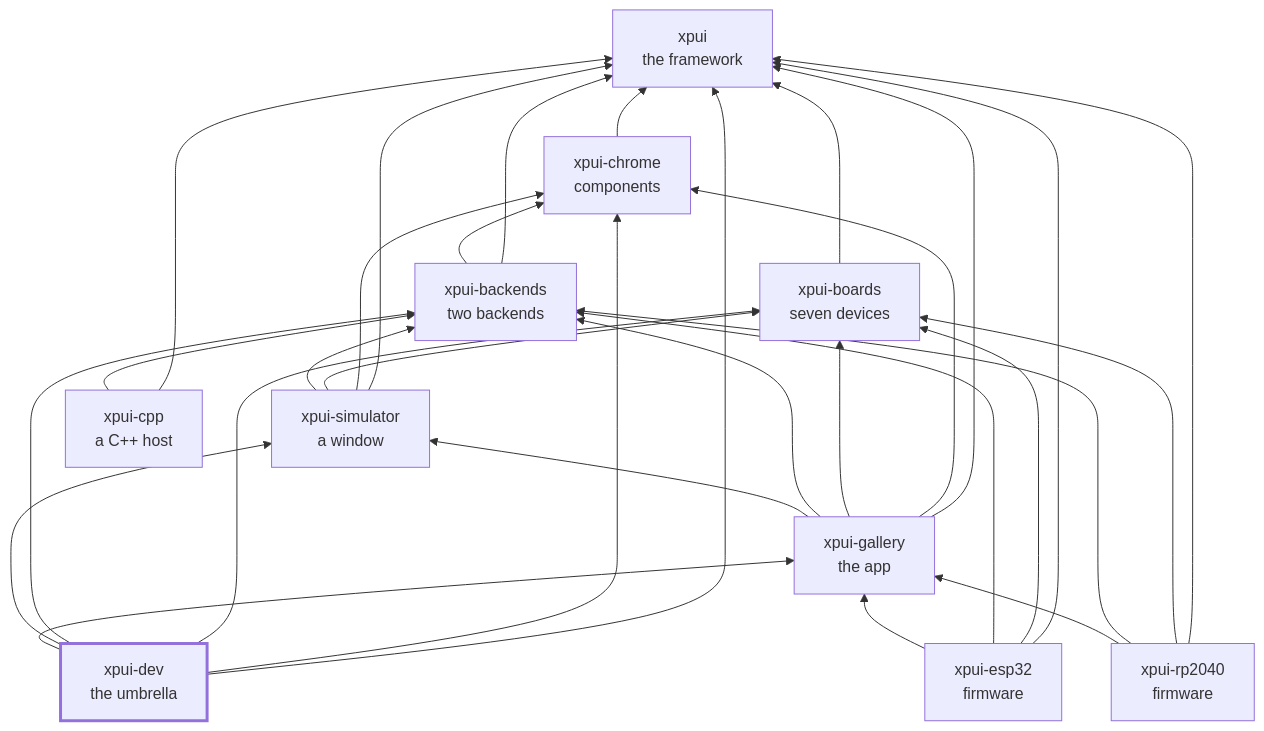
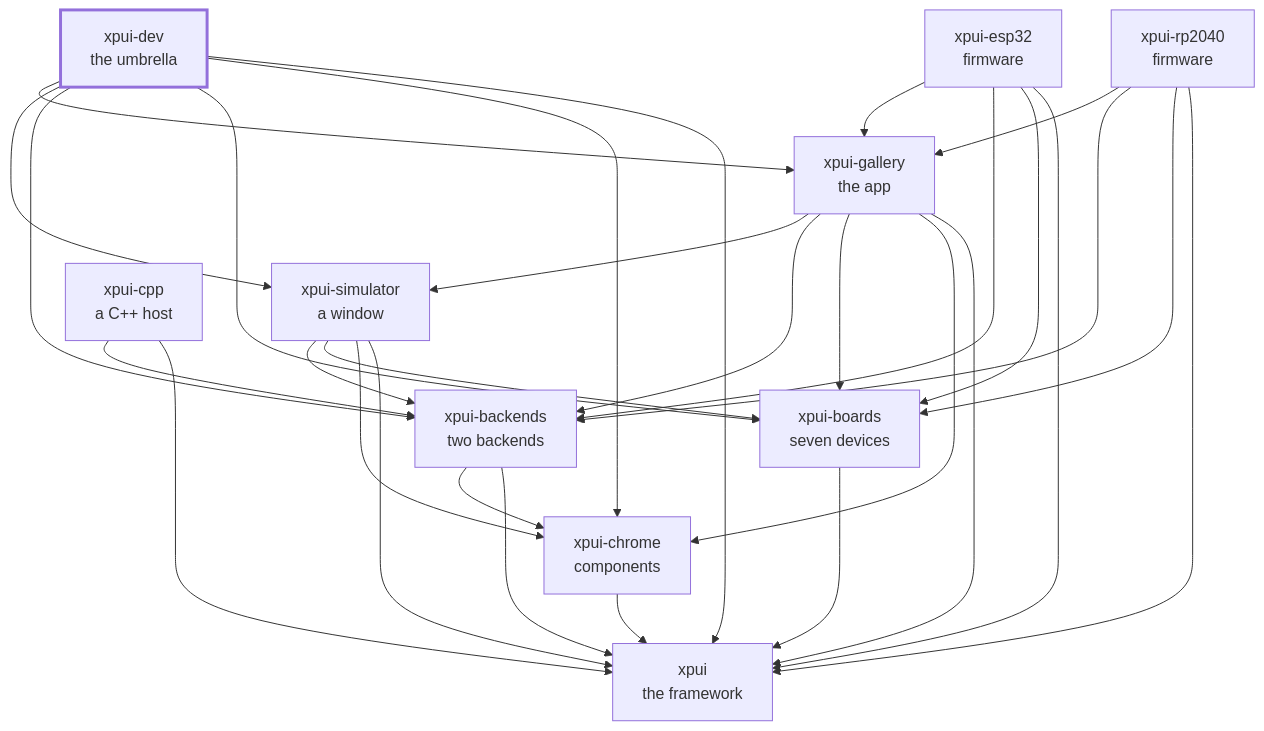
Before and after one commit to XPUI-Framework/xpui-dev: the diagram in README.md, drawn with Mermaid. The commit also changed other lines of this file and 12 other files, not shown here.

````diff
--- a/README.md
+++ b/README.md
@@ -76,43 +75,43 @@
 ```mermaid
-flowchart BT
+flowchart TD
   xpui["xpui<br/>the framework"]
   chrome["xpui-chrome<br/>components"]
   boards["xpui-boards<br/>seven devices"]
   backends["xpui-backends<br/>two backends"]
   simulator["xpui-simulator<br/>a window"]
   gallery["xpui-gallery<br/>the app"]
   rp2040["xpui-rp2040<br/>firmware"]
   esp32["xpui-esp32<br/>firmware"]
   cpp["xpui-cpp<br/>a C++ host"]
   dev["xpui-dev<br/>the umbrella"]
   chrome --> xpui
   boards --> xpui
   backends --> xpui
   backends --> chrome
   simulator --> xpui
   simulator --> chrome
   simulator --> boards
   simulator --> backends
   gallery --> xpui
   gallery --> chrome
   gallery --> boards
   gallery --> backends
   gallery --> simulator
   rp2040 --> xpui
   rp2040 --> boards
   rp2040 --> backends
   rp2040 --> gallery
   esp32 --> xpui
   esp32 --> boards
   esp32 --> backends
   esp32 --> gallery
   cpp --> xpui
   cpp --> backends
   dev --> xpui
   dev --> chrome
   dev --> boards
   dev --> backends
   dev --> simulator
   dev --> gallery
   style dev stroke-width:3px
 ```
````
